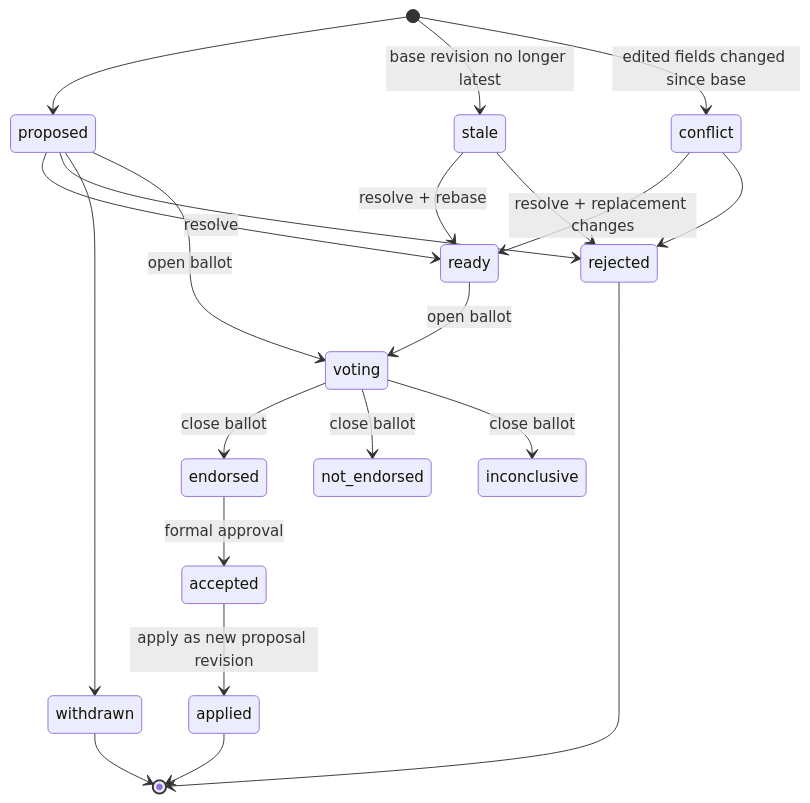
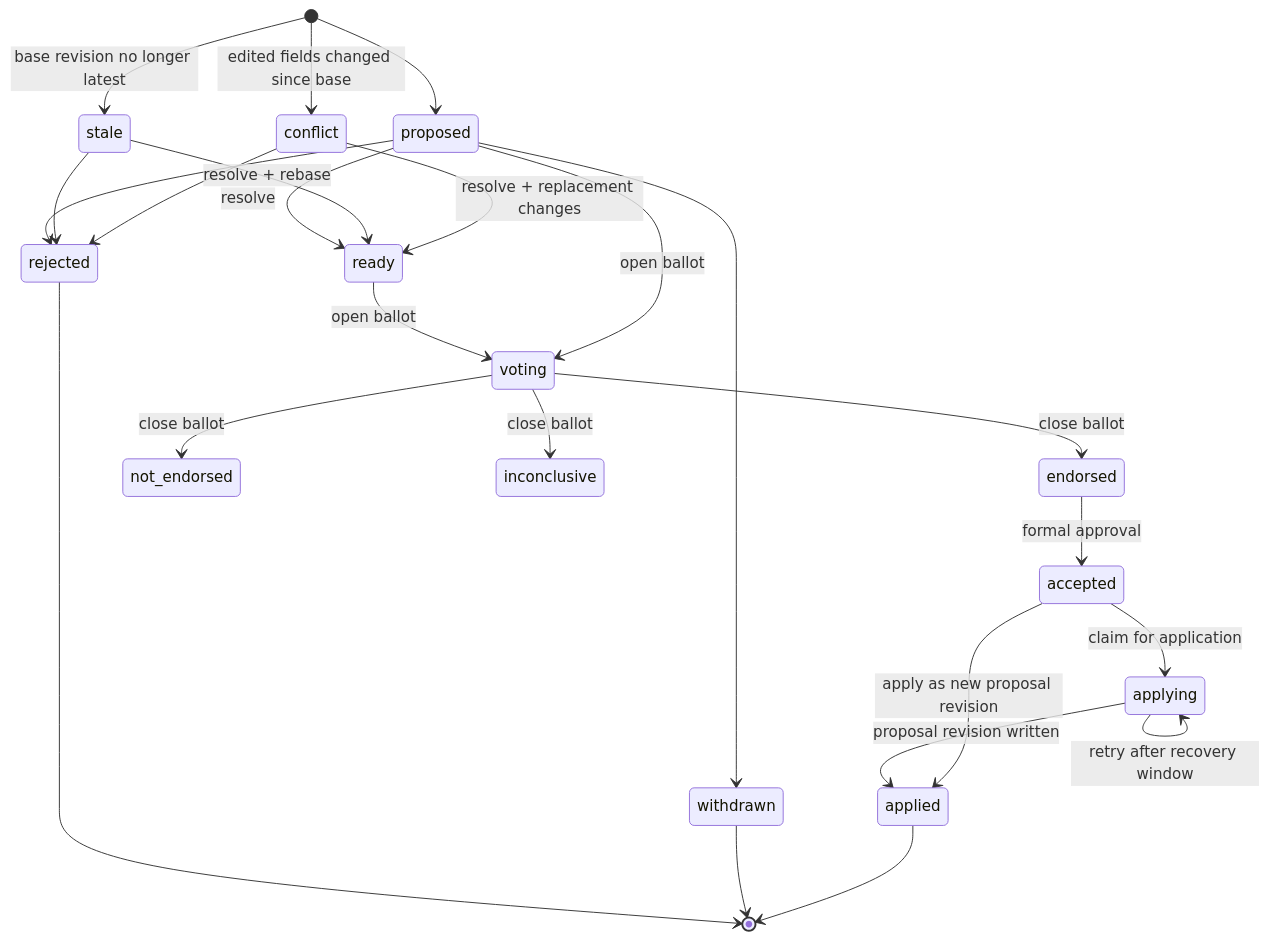
The second of 2 diagrams in docs/domain/domain-model.md (Fusion-Party-Aus/Engage), drawn with Mermaid before and after one commit. The commit also changed other lines of this file and 2 other files, not shown here.

Commit message:
docs(amendments): record anchored insertions and apply recovery
Document insertion anchors, the applying/finalise recovery state, and the one-to-many Sense Box cardinality question for separate confirmation.

````diff
--- a/docs/domain/domain-model.md
+++ b/docs/domain/domain-model.md
@@ -246,23 +246,26 @@
 ```mermaid
 stateDiagram-v2
   [*] --> proposed
   [*] --> stale: base revision no longer latest
   [*] --> conflict: edited fields changed since base
   proposed --> ready: resolve
   stale --> ready: resolve + rebase
   conflict --> ready: resolve + replacement changes
   proposed --> rejected
   stale --> rejected
   conflict --> rejected
   proposed --> withdrawn
   ready --> voting: open ballot
   proposed --> voting: open ballot
   voting --> endorsed: close ballot
   voting --> not_endorsed: close ballot
   voting --> inconclusive: close ballot
   endorsed --> accepted: formal approval
+  accepted --> applying: claim for application
+  applying --> applied: proposal revision written
+  applying --> applying: retry after recovery window
   accepted --> applied: apply as new proposal revision
   rejected --> [*]
   withdrawn --> [*]
   applied --> [*]
 ```
````
